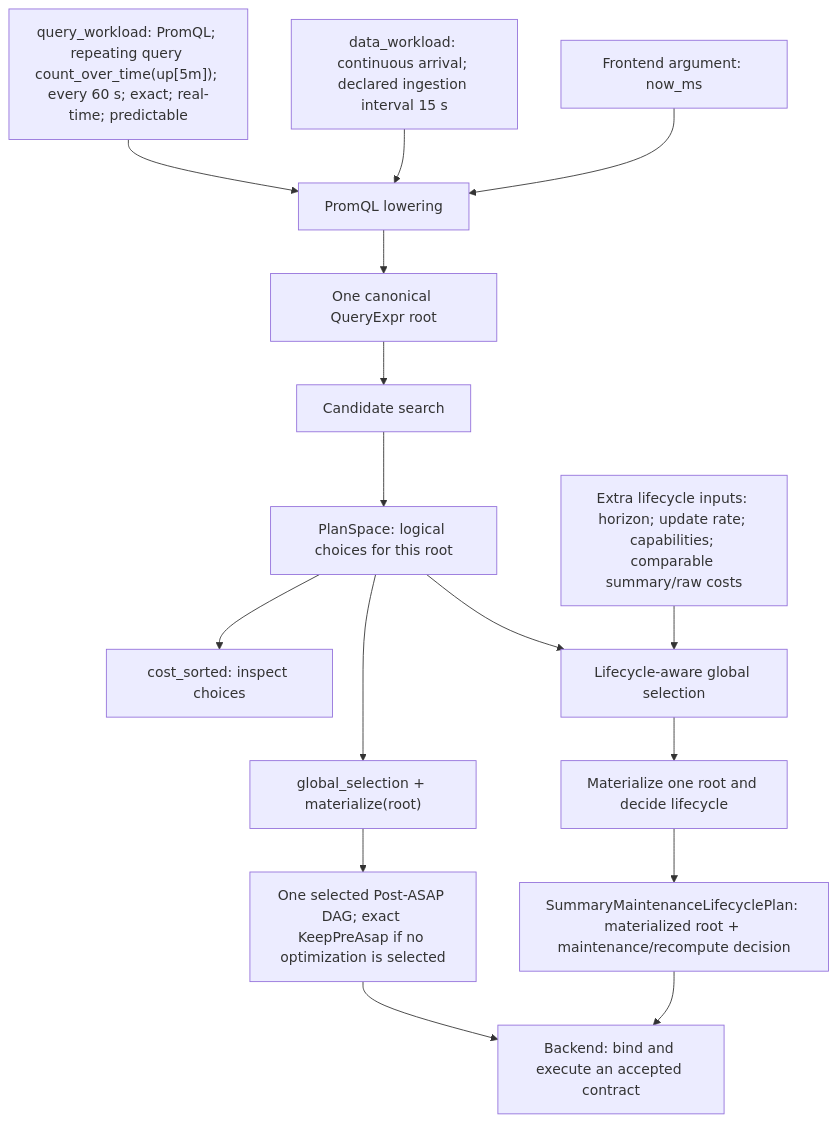
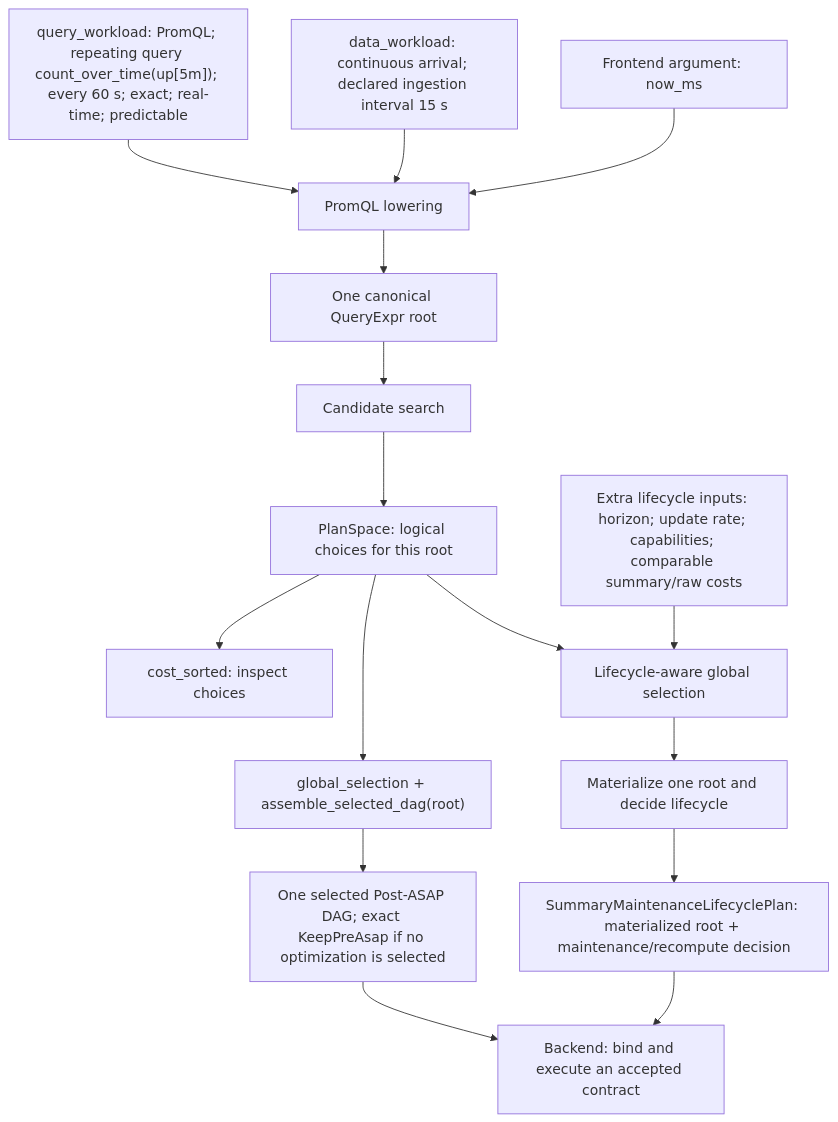
Before and after one commit to ProjectASAP/ASAPPlanner: the first of 2 diagrams in docs/design_docs/architecture/input-output-workflow.md, drawn with Mermaid. The commit also changed other lines of this file and 12 other files, not shown here.

Commit message:
refactor(planner): rename materialize to assemble_selected_dag

````diff
--- a/docs/design_docs/architecture/input-output-workflow.md
+++ b/docs/design_docs/architecture/input-output-workflow.md
@@ -77,26 +77,26 @@
 ```mermaid
 flowchart TD
     Q["query_workload: PromQL; repeating query count_over_time(up[5m]); every 60 s; exact; real-time; predictable"]
     D["data_workload: continuous arrival; declared ingestion interval 15 s"]
     T["Frontend argument: now_ms"]
     F["PromQL lowering"]
     R["One canonical QueryExpr root"]
     S["Candidate search"]
     P["PlanSpace: logical choices for this root"]
     I["cost_sorted: inspect choices"]
-    G["global_selection + materialize(root)"]
+    G["global_selection + assemble_selected_dag(root)"]
     L["One selected Post-ASAP DAG; exact KeepPreAsap if no optimization is selected"]
     X["Extra lifecycle inputs: horizon; update rate; capabilities; comparable summary/raw costs"]
     H["Lifecycle-aware global selection"]
     HM["Materialize one root and decide lifecycle"]
     O["SummaryMaintenanceLifecyclePlan: materialized root + maintenance/recompute decision"]
     B["Backend: bind and execute an accepted contract"]
     Q --> F
     D --> F
     T --> F
     F --> R --> S --> P
     P --> I
     P --> G --> L --> B
     P --> H
     X --> H --> HM --> O --> B
 ```
````
